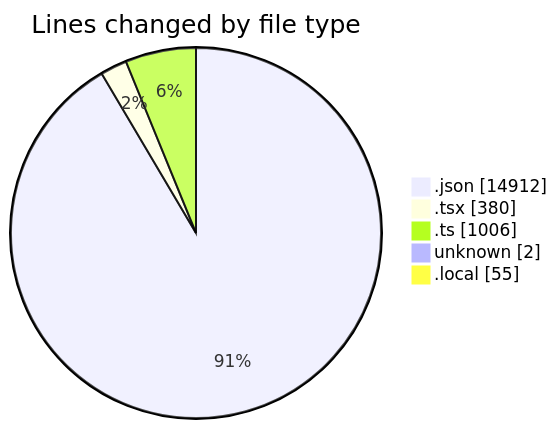
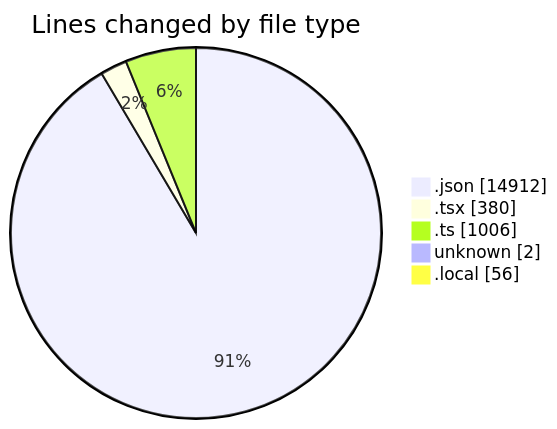
The first of 2 diagrams in 2025-11-19/eventscop-frontend-guide__workspace_/README.md (julien-gomy/code-tracking), drawn with Mermaid before and after one commit. The commit also changed other lines of this file and 1 other file, not shown here.

````diff
--- a/2025-11-19/eventscop-frontend-guide__workspace_/README.md
+++ b/2025-11-19/eventscop-frontend-guide__workspace_/README.md
@@ -51,9 +51,9 @@
 ```mermaid
 pie showData
 title Lines changed by file type
 ".json" : 14912
 ".tsx" : 380
 ".ts" : 1006
 "unknown" : 2
-".local" : 55
+".local" : 56
 ```
````
